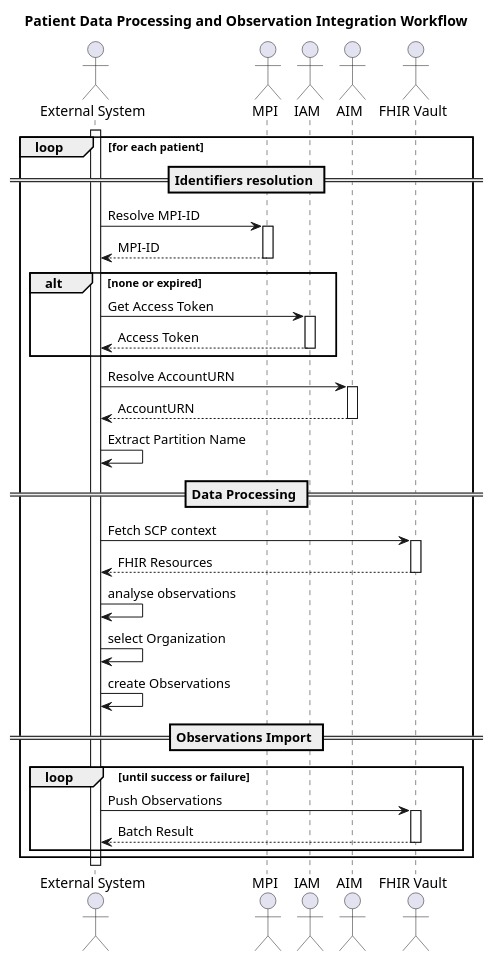
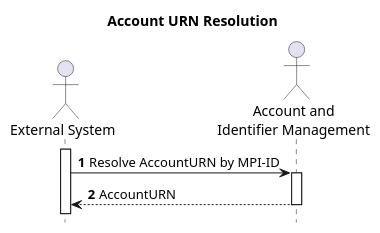
The second of 3 diagrams in input/images/sequence.puml (caraowt/Implementation-Guide-of-FHIR-profiles-for-CARA), drawn with PlantUML before and after one commit. The commit also changed other lines of this file and 6 other files, not shown here.

Commit message:
feat: add details about Account URN Resolution and FHIR Operations

```diff
--- a/input/images/sequence.puml
+++ b/input/images/sequence.puml
@@ -29,58 +18,16 @@
 @startuml
-title Patient Data Processing and Observation Integration Workflow
+title Account URN Resolution
+hide unlinked
+hide footbox
+autonumber
 
-actor "External System" as extsys
-actor "MPI" as mpi
-actor "IAM" as iam
-actor "AIM" as aim
-actor "FHIR Vault" as fhirvault
+actor extsys as "External System"
+actor aim as "Account and\nIdentifier Management"
 
 activate extsys
 
-loop for each patient
-
-== Identifiers resolution ==
-
-extsys -> mpi : Resolve MPI-ID
-activate mpi
-extsys <-- mpi : MPI-ID
-deactivate mpi
-
-alt none or expired
-extsys -> iam : Get Access Token
-activate iam
-extsys <-- iam : Access Token
-deactivate iam
-end alt
-
-extsys -> aim : Resolve AccountURN
+extsys -> aim : Resolve AccountURN by MPI-ID
 activate aim
 extsys <-- aim : AccountURN
 deactivate aim
-
-extsys -> extsys : Extract Partition Name
-
-== Data Processing ==
-
-extsys -> fhirvault : Fetch SCP context
-activate fhirvault
-extsys <-- fhirvault : FHIR Resources
-deactivate fhirvault
-
-extsys -> extsys : analyse observations
-
-extsys -> extsys : select Organization
-
-extsys -> extsys : create Observations
-
-== Observations Import ==
-
-loop until success or failure
-extsys -> fhirvault : Push Observations
-activate fhirvault
-extsys <-- fhirvault : Batch Result
-deactivate fhirvault
-end loop
-
-end loop
 @enduml
```
